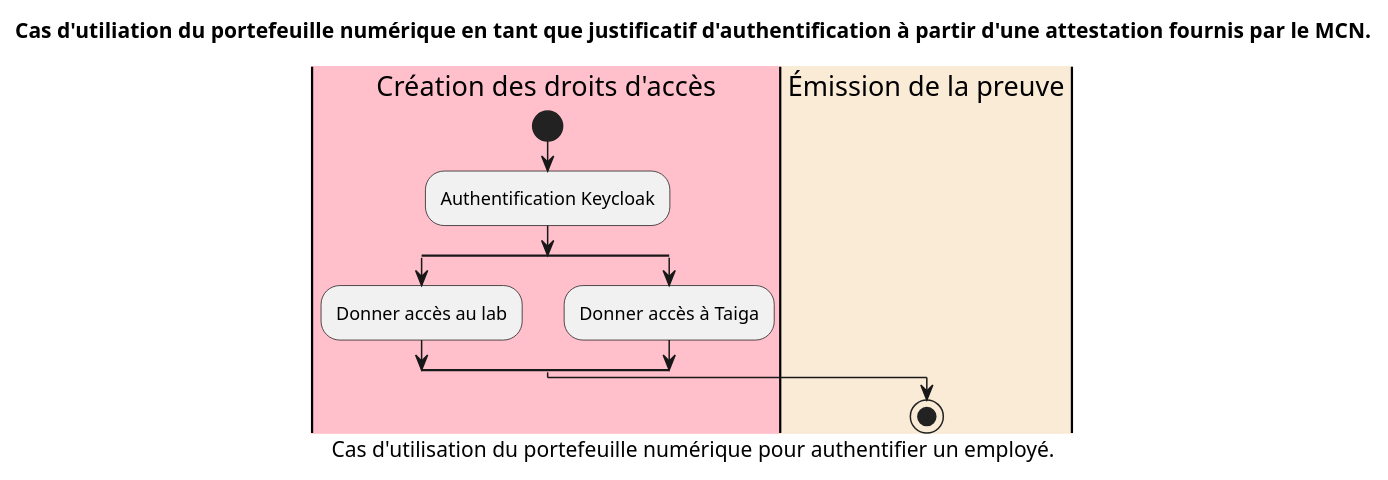
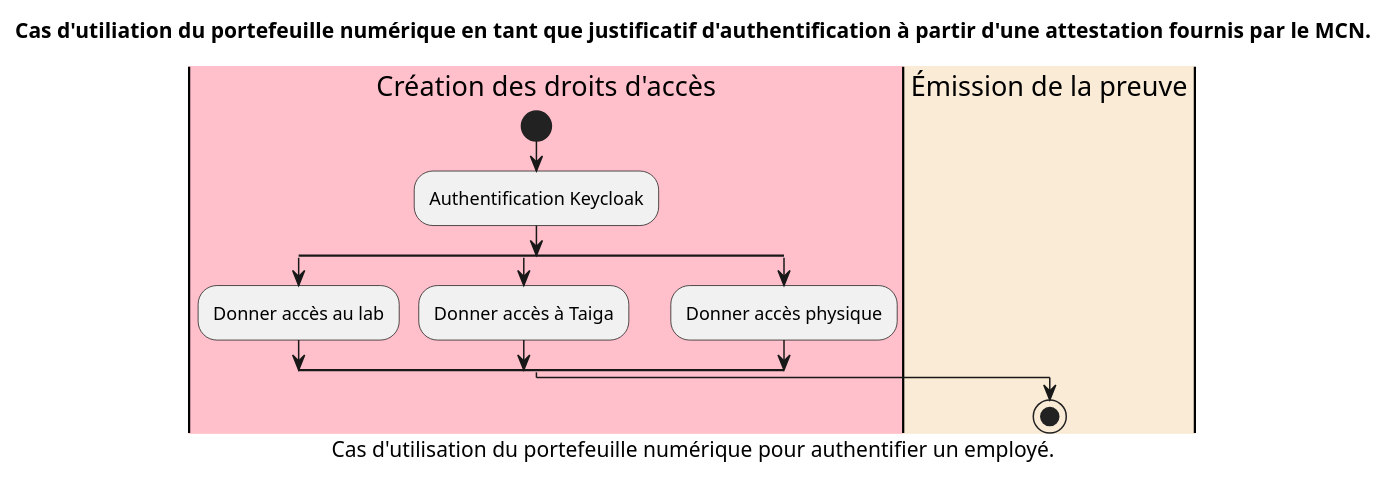
The diagram in doc/UseCaseAuth.puml (CQEN-QDCE/exp-attestation-emploie-acces), drawn with PlantUML before and after one commit. The commit also changed 2 other files, not shown here.

Commit message:
Mise a jour du diagramme de cas d'utilisation avec couleurs

```diff
--- a/doc/UseCaseAuth.puml
+++ b/doc/UseCaseAuth.puml
@@ -1,18 +1,20 @@
 @startuml
 title
     Cas d'utiliation du portefeuille numérique en tant que justificatif d'authentification à partir d'une attestation fournis par le MCN.
 end title
 
 caption Cas d'utilisation du portefeuille numérique pour authentifier un employé.
 
 |#pink|Création des droits d'accès|
 start
 :Authentification Keycloak;
 split
 :Donner accès au lab;
 split again
 :Donner accès à Taiga;
+split again
+:Donner accès physique;
 end split
 |#AntiqueWhite|Émission de la preuve|
 stop
 @enduml
```
